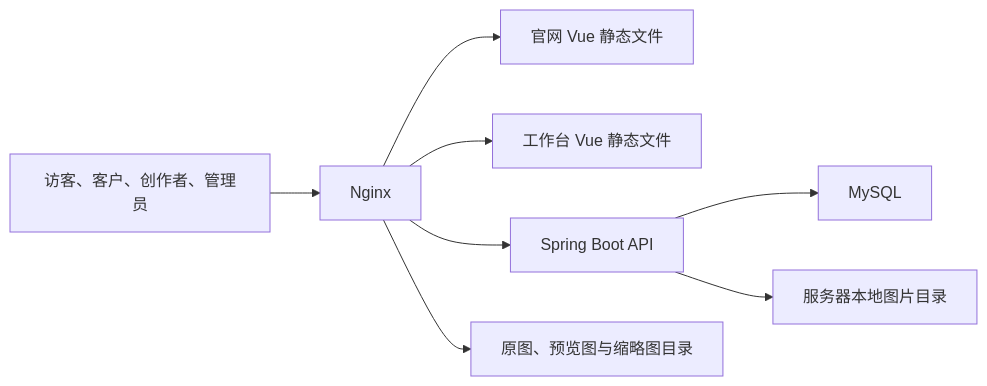
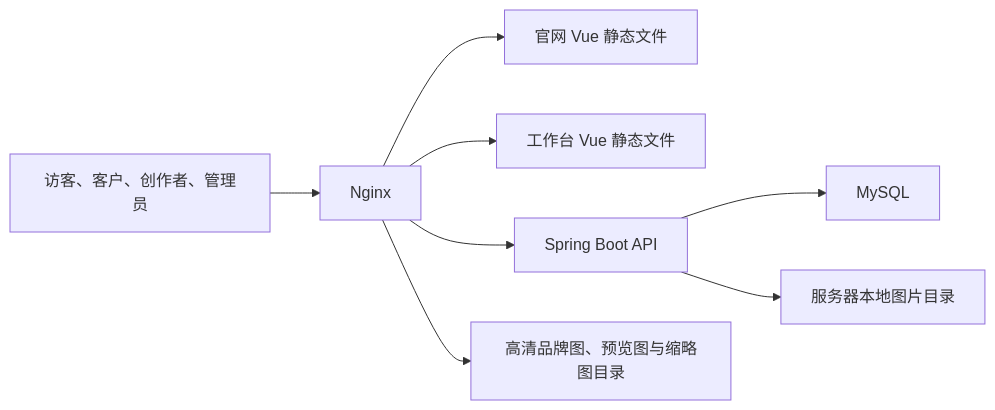
The diagram in docs/婚礼作品展示与云相册平台方案.md (SmallTak/wedding-platform), drawn with Mermaid before and after one commit. The commit also changed other lines of this file and 27 other files, not shown here.

````diff
--- a/docs/婚礼作品展示与云相册平台方案.md
+++ b/docs/婚礼作品展示与云相册平台方案.md
@@ -1115,10 +1115,10 @@
 ```mermaid
 flowchart LR
     U["访客、客户、创作者、管理员"] --> N["Nginx"]
     N --> W["官网 Vue 静态文件"]
     N --> C["工作台 Vue 静态文件"]
     N --> A["Spring Boot API"]
     A --> D["MySQL"]
     A --> F["服务器本地图片目录"]
-    N --> P["原图、预览图与缩略图目录"]
+    N --> P["高清品牌图、预览图与缩略图目录"]
 ```
````
